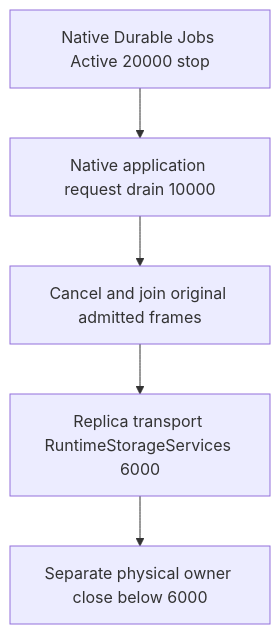
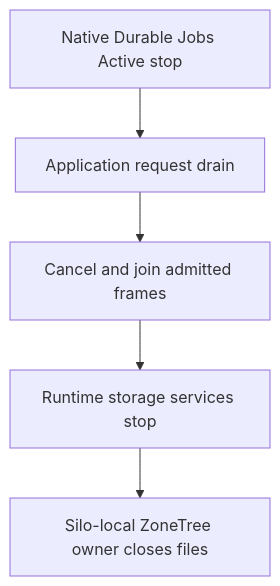
The diagram in docs/Features/ClusterRouting/NativeRequestDrainLifecycle.md (managedcode/KeyLoad), drawn with Mermaid before and after one commit. The commit also changed other lines of this file and 7356 other files, not shown here.

First line of the commit message:
Replace custom consensus with native Orleans storage services

````diff
--- a/docs/Features/ClusterRouting/NativeRequestDrainLifecycle.md
+++ b/docs/Features/ClusterRouting/NativeRequestDrainLifecycle.md
@@ -35,7 +11,7 @@
 ```mermaid
 flowchart TD
-    Jobs[Native Durable Jobs Active 20000 stop] --> Drain[Native application request drain 10000]
-    Drain --> Original[Cancel and join original admitted frames]
-    Original --> Transport[Replica transport RuntimeStorageServices 6000]
-    Transport --> Files[Separate physical owner close below 6000]
+    Jobs[Native Durable Jobs Active stop] --> Drain[Application request drain]
+    Drain --> Original[Cancel and join admitted frames]
+    Original --> Storage[Runtime storage services stop]
+    Storage --> Files[Silo-local ZoneTree owner closes files]
 ```
````
